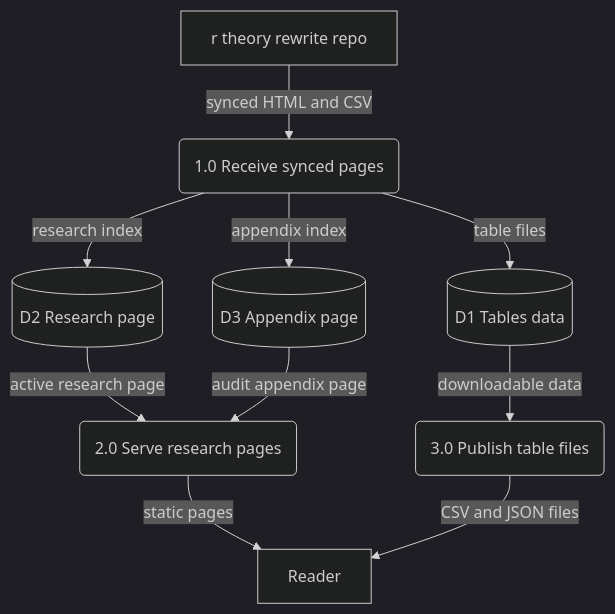
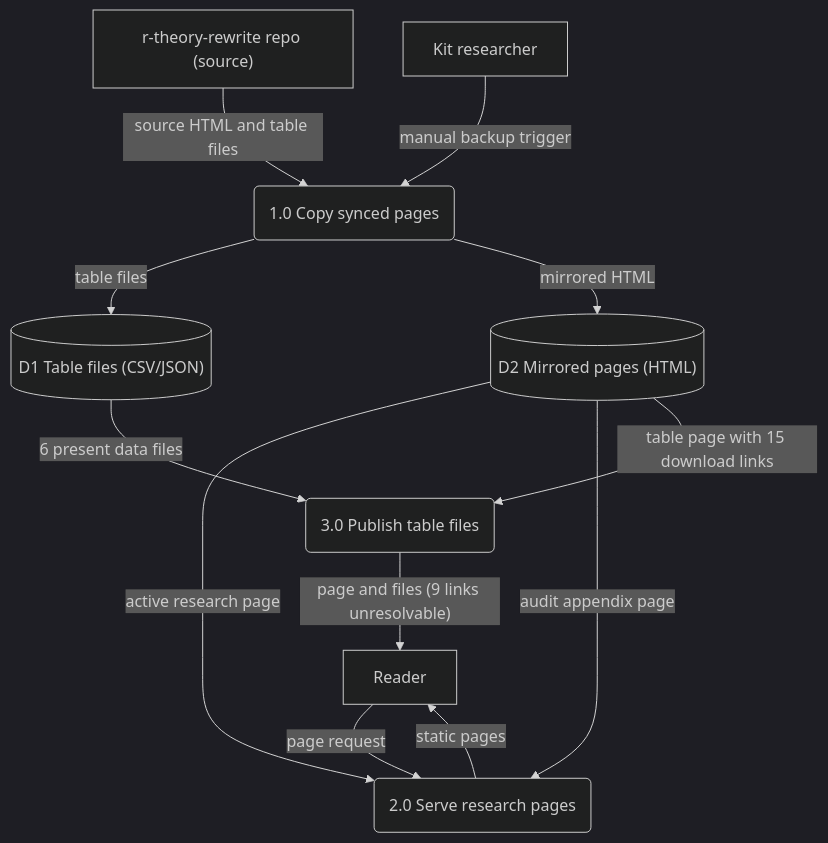
One commit to cosbykit-afk/R-Theory changed the second of 3 diagrams in docs/architecture.md. Above: the diagram before and after it, drawn with Mermaid (dark theme). The commit also changed other lines of this file, not shown here.

Commit message:
docs: improve architecture diagrams — grounded context, DFD, and ERD

````diff
--- a/docs/architecture.md
+++ b/docs/architecture.md
@@ -21,20 +22,22 @@
 ```mermaid
 flowchart
-    E1["r theory rewrite repo"]
+    E1["r-theory-rewrite repo (source)"]
+    E2["Kit researcher"]
     E3["Reader"]
-    P1("1.0 Receive synced pages")
+    P1("1.0 Copy synced pages")
     P2("2.0 Serve research pages")
     P3("3.0 Publish table files")
-    D1[("D1 Tables data")]
-    D2[("D2 Research page")]
-    D3[("D3 Appendix page")]
-    E1 -->|"synced HTML and CSV"| P1
+    D1[("D1 Table files (CSV/JSON)")]
+    D2[("D2 Mirrored pages (HTML)")]
+    E1 -->|"source HTML and table files"| P1
+    E2 -->|"manual backup trigger"| P1
     P1 -->|"table files"| D1
-    P1 -->|"research index"| D2
-    P1 -->|"appendix index"| D3
+    P1 -->|"mirrored HTML"| D2
+    E3 -->|"page request"| P2
     D2 -->|"active research page"| P2
-    D3 -->|"audit appendix page"| P2
+    D2 -->|"audit appendix page"| P2
     P2 -->|"static pages"| E3
-    D1 -->|"downloadable data"| P3
-    P3 -->|"CSV and JSON files"| E3
+    D2 -->|"table page with 15 download links"| P3
+    D1 -->|"6 present data files"| P3
+    P3 -->|"page and files (9 links unresolvable)"| E3
 ```
````
